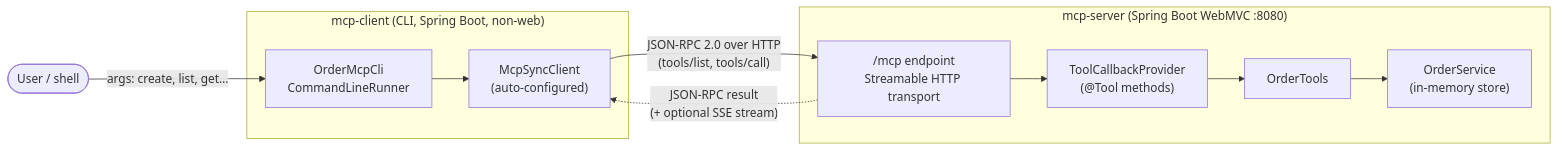
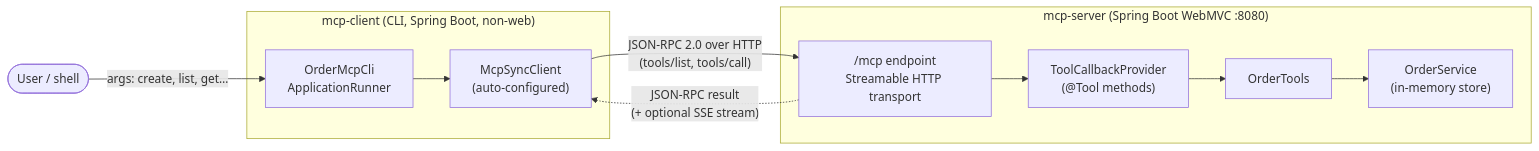
The diagram in README.md (sharadlonkar/spring-mcp-ordertools), drawn with Mermaid before and after one commit. The commit also changed other lines of this file and 1 other file, not shown here.

Commit message:
Modularized the MCP CLI

````diff
--- a/README.md
+++ b/README.md
@@ -19,21 +19,21 @@
 ```mermaid
 flowchart LR
     user([User / shell]) -- "args: create, list, get…" --> cli
 
     subgraph client["mcp-client (CLI, Spring Boot, non-web)"]
-        cli["OrderMcpCli<br/>CommandLineRunner"]
+        cli["OrderMcpCli<br/>ApplicationRunner"]
         sync["McpSyncClient<br/>(auto-configured)"]
         cli --> sync
     end
 
     subgraph server["mcp-server (Spring Boot WebMVC :8080)"]
         ep["/mcp endpoint<br/>Streamable HTTP transport"]
         prov["ToolCallbackProvider<br/>(@Tool methods)"]
         tools["OrderTools"]
         svc["OrderService<br/>(in-memory store)"]
         ep --> prov --> tools --> svc
     end
 
     sync -- "JSON-RPC 2.0 over HTTP<br/>(tools/list, tools/call)" --> ep
     ep -. "JSON-RPC result<br/>(+ optional SSE stream)" .-> sync
 ```
````
